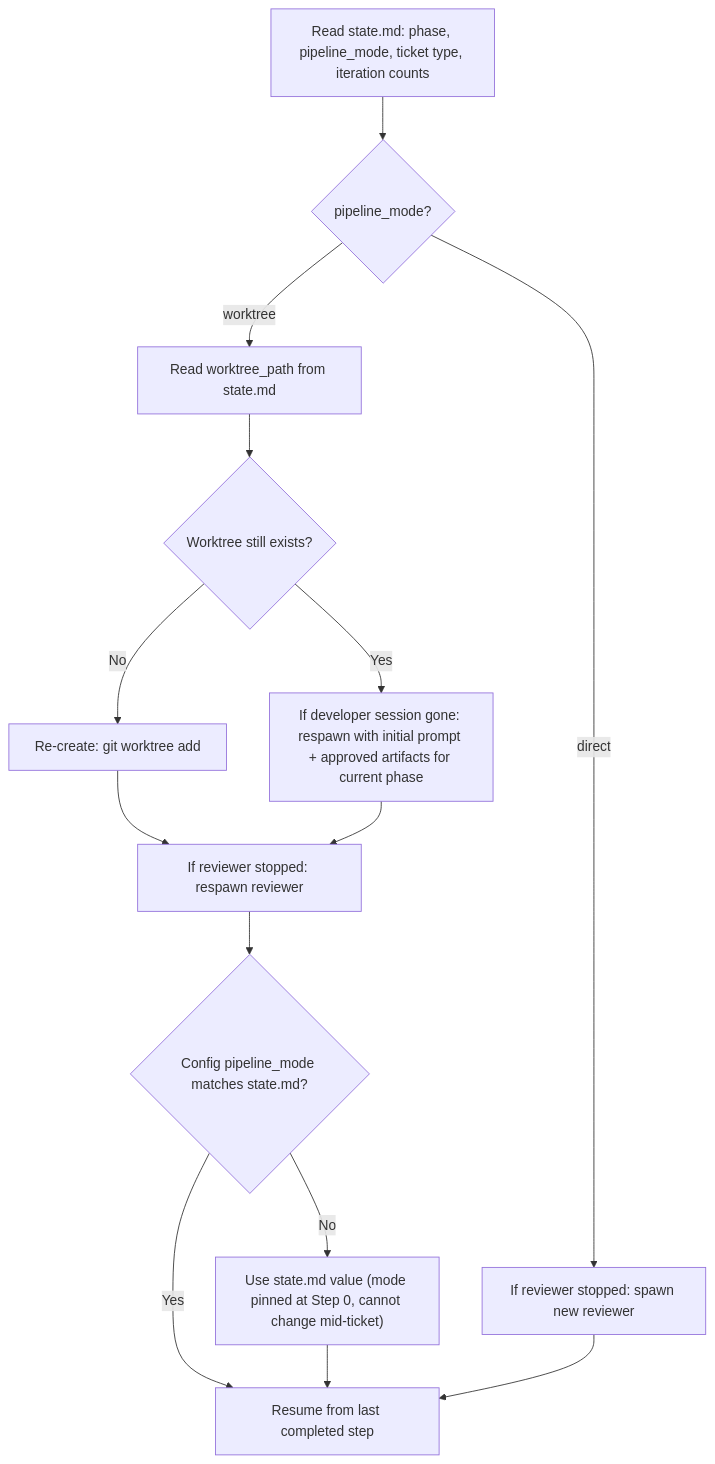
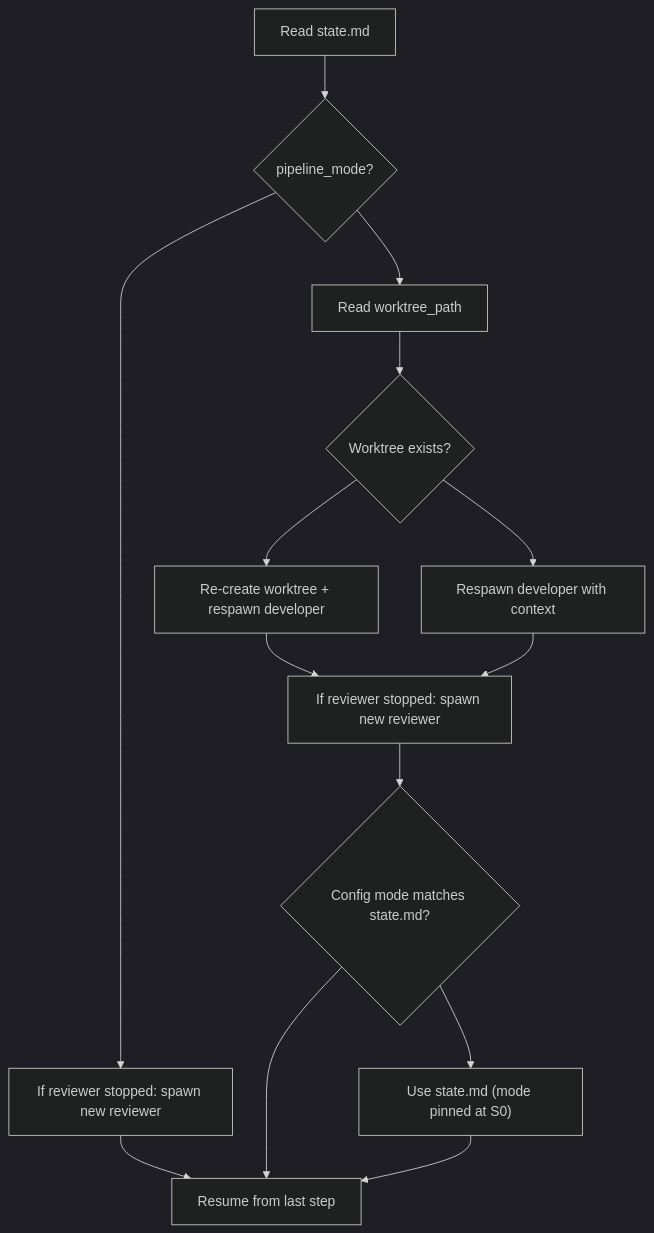
One commit to Nayeem170/KoThok changed the ninth of 9 diagrams in docs/AGENTIC_PIPELINE.md. Above: the diagram before and after it, drawn with Mermaid. The commit also changed other lines of this file and 1 other file, not shown here.

First line of the commit message:
docs: rewrite pipeline diagrams for dark mode readability

````diff
--- a/docs/AGENTIC_PIPELINE.md
+++ b/docs/AGENTIC_PIPELINE.md
@@ -551,18 +562,19 @@
 ```mermaid
+%%{init: {'theme': 'dark'}}%%
 flowchart TD
-    A["Read state.md: phase, pipeline_mode, ticket type, iteration counts"]
-    A --> B{pipeline_mode?}
-    B -- direct --> D["If reviewer stopped: spawn new reviewer"]
-    B -- worktree --> C
-    C["Read worktree_path from state.md"]
-    C --> W{"Worktree still exists?"}
-    W -- No --> W2["Re-create: git worktree add <path> <branch>, respawn developer with initial prompt + approved artifacts from task dir"]
-    W -- Yes --> W3["If developer session gone: respawn with initial prompt + approved artifacts for current phase"]
-    W2 --> R["If reviewer stopped: respawn reviewer"]
-    W3 --> R
-    R --> P{"Config pipeline_mode matches state.md?"}
-    P -- No --> P2["Use state.md value (mode pinned at Step 0, cannot change mid-ticket)"]
-    P -- Yes --> DONE["Resume from last completed step"]
-    P2 --> DONE
-    D --> DONE
+    A["Read state.md"] --> MODE{"pipeline_mode?"}
+
+    MODE --> D["If reviewer stopped: spawn new reviewer"]
+    D --> DONE["Resume from last step"]
+
+    MODE --> C["Read worktree_path"]
+    C --> WT{"Worktree exists?"}
+    WT --> RECREATE["Re-create worktree + respawn developer"]
+    WT --> REATTACH["Respawn developer with context"]
+    RECREATE --> R["If reviewer stopped: spawn new reviewer"]
+    REATTACH --> R
+    R --> PIN{"Config mode matches state.md?"}
+    PIN --> OVERRIDE["Use state.md (mode pinned at S0)"]
+    PIN --> DONE
+    OVERRIDE --> DONE
 ```
````
